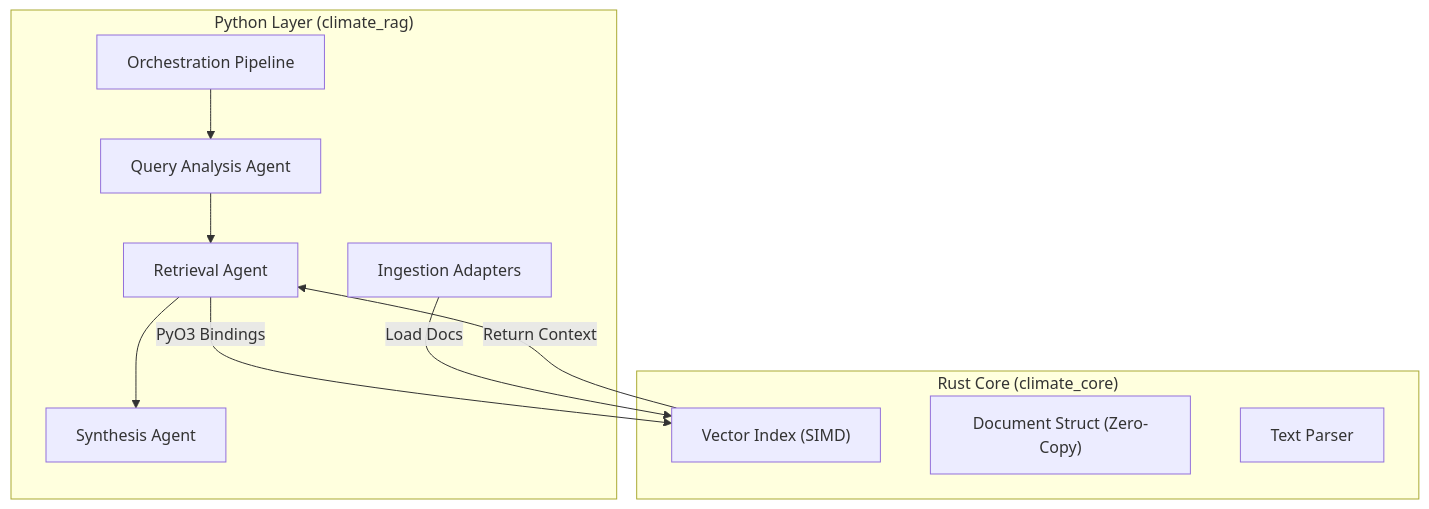
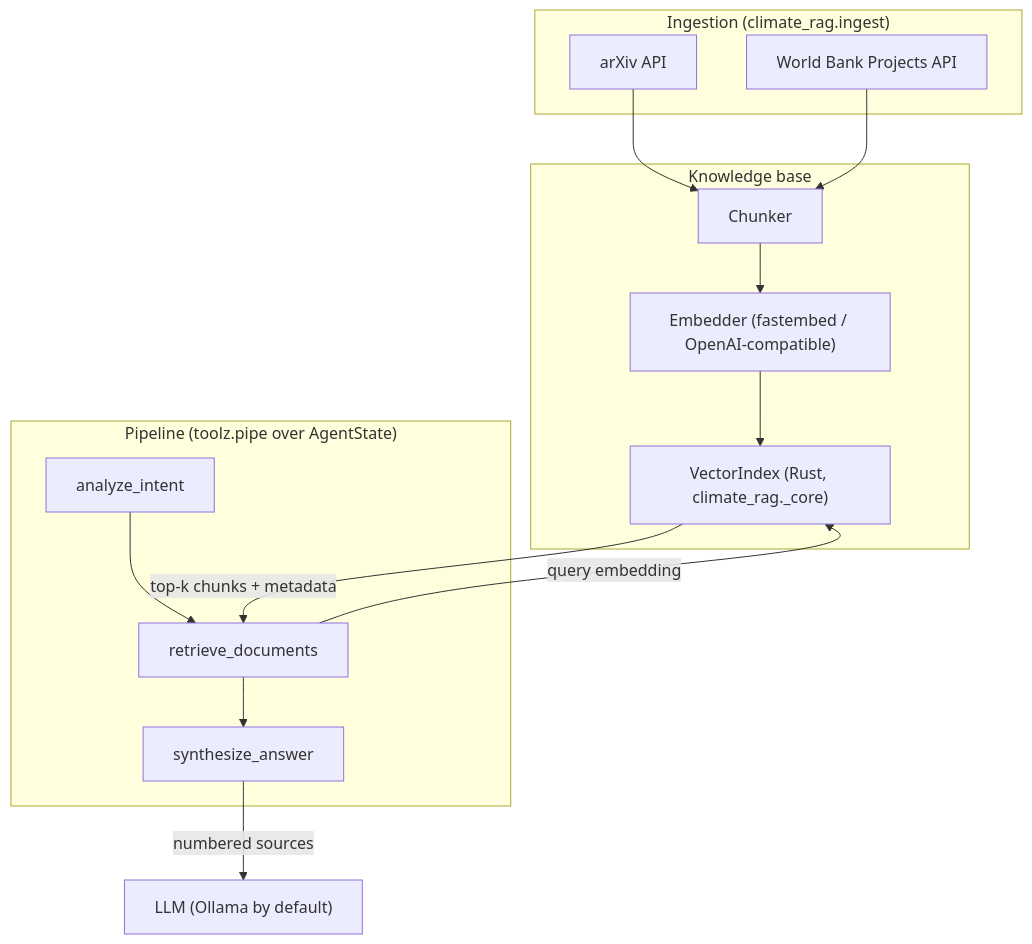
The diagram in README.md (KeSeaman/ClimatePolicyRAG), drawn with Mermaid before and after one commit. The commit also changed other lines of this file and 63 other files, not shown here.

First line of the commit message:
Make the RAG pipeline real, measurable and fast

````diff
--- a/README.md
+++ b/README.md
@@ -19,23 +24,30 @@
 ```mermaid
 graph TD
-    subgraph "Python Layer (climate_rag)"
-        Orchestrator[Orchestration Pipeline]
-        QueryAgent[Query Analysis Agent]
-        RetrievalAgent[Retrieval Agent]
-        SynthAgent[Synthesis Agent]
-        Ingest[Ingestion Adapters]
+    subgraph "Ingestion (climate_rag.ingest)"
+        Arxiv[arXiv API]
+        WB[World Bank Projects API]
     end
 
-    subgraph "Rust Core (climate_core)"
-        Index["Vector Index (SIMD)"]
-        Doc["Document Struct (Zero-Copy)"]
-        Parser[Text Parser]
+    subgraph "Knowledge base"
+        Chunk[Chunker]
+        Embed["Embedder (fastembed / OpenAI-compatible)"]
+        Index["VectorIndex (Rust, climate_rag._core)"]
     end
 
-    Orchestrator --> QueryAgent
-    QueryAgent --> RetrievalAgent
-    RetrievalAgent -->|PyO3 Bindings| Index
-    Index -->|Return Context| RetrievalAgent
-    RetrievalAgent --> SynthAgent
-    Ingest -->|Load Docs| Index
+    subgraph "Pipeline (toolz.pipe over AgentState)"
+        Intent[analyze_intent]
+        Retrieve[retrieve_documents]
+        Synth[synthesize_answer]
+    end
+
+    LLM["LLM (Ollama by default)"]
+
+    Arxiv --> Chunk
+    WB --> Chunk
+    Chunk --> Embed --> Index
+    Intent --> Retrieve
+    Retrieve -->|query embedding| Index
+    Index -->|top-k chunks + metadata| Retrieve
+    Retrieve --> Synth
+    Synth -->|numbered sources| LLM
 ```
````
